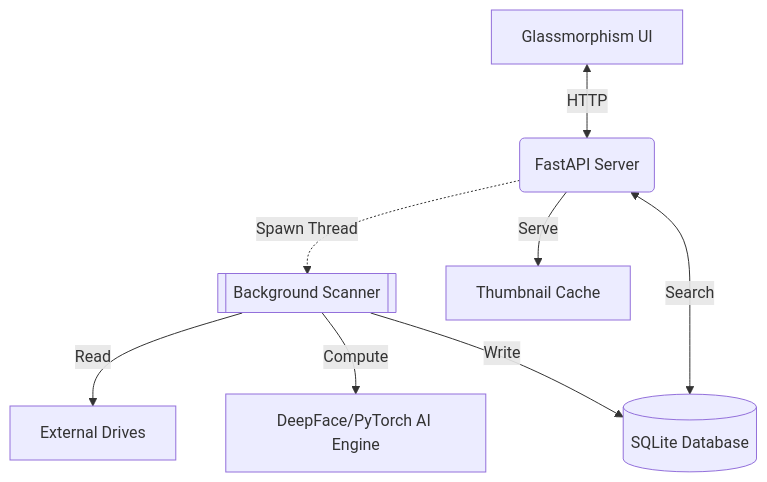
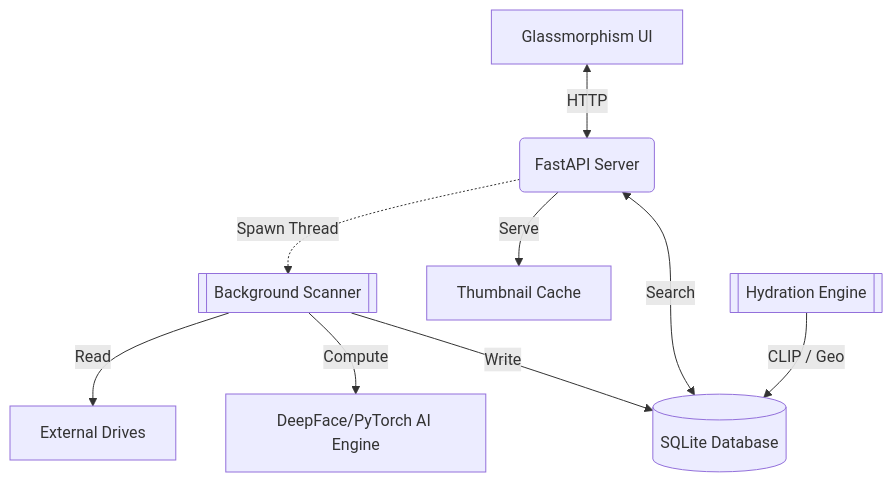
One commit to raghavagoel-bit/photo-ai-manager changed the first of 2 diagrams in README.md. Above: the diagram before and after it, drawn with Mermaid. The commit also changed other lines of this file and 22 other files, not shown here.

````diff
--- a/README.md
+++ b/README.md
@@ -40,10 +41,11 @@
 ```mermaid
 graph TD
     UI[Glassmorphism UI] <-->|HTTP| API(FastAPI Server)
     API -.->|Spawn Thread| Scanner[[Background Scanner]]
     Scanner -->|Read| Disk[External Drives]
     Scanner -->|Compute| AI[DeepFace/PyTorch AI Engine]
     Scanner -->|Write| DB[(SQLite Database)]
     API <-->|Search| DB
     API -->|Serve| Thumb[Thumbnail Cache]
+    Hydrate[[Hydration Engine]] -->|CLIP / Geo| DB
 ```
````
